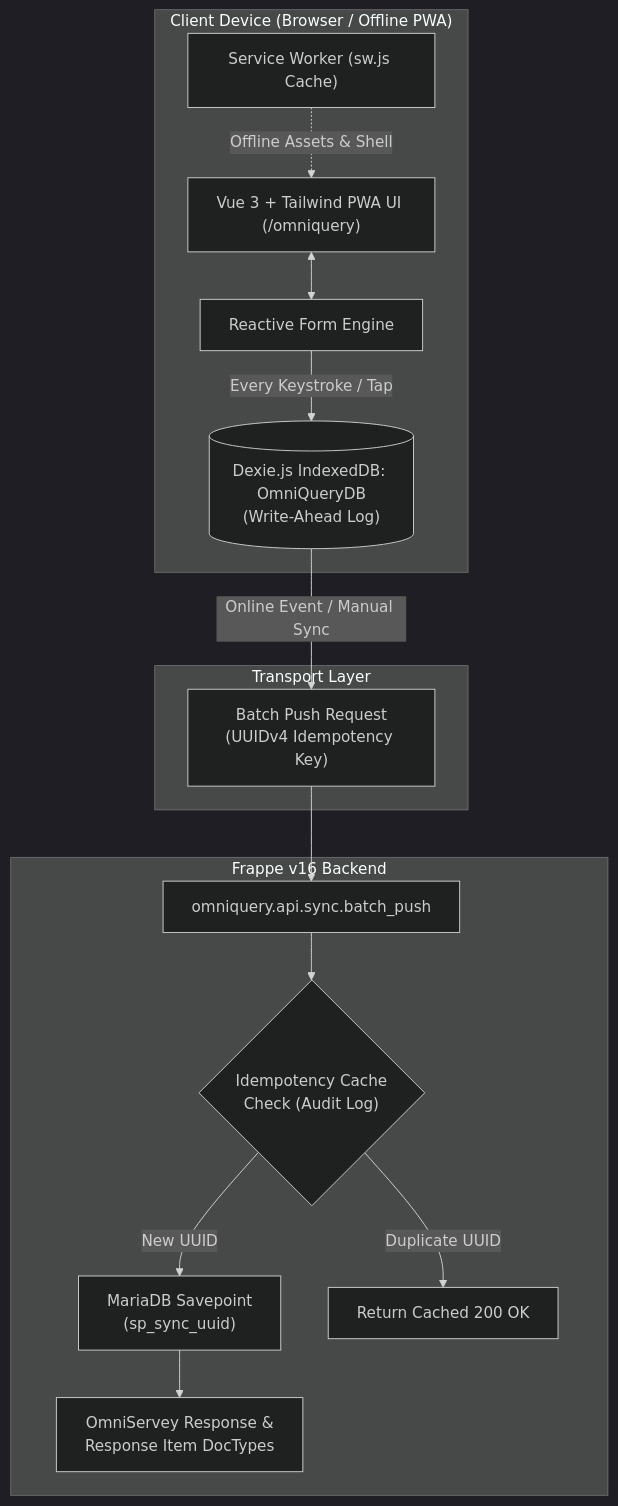
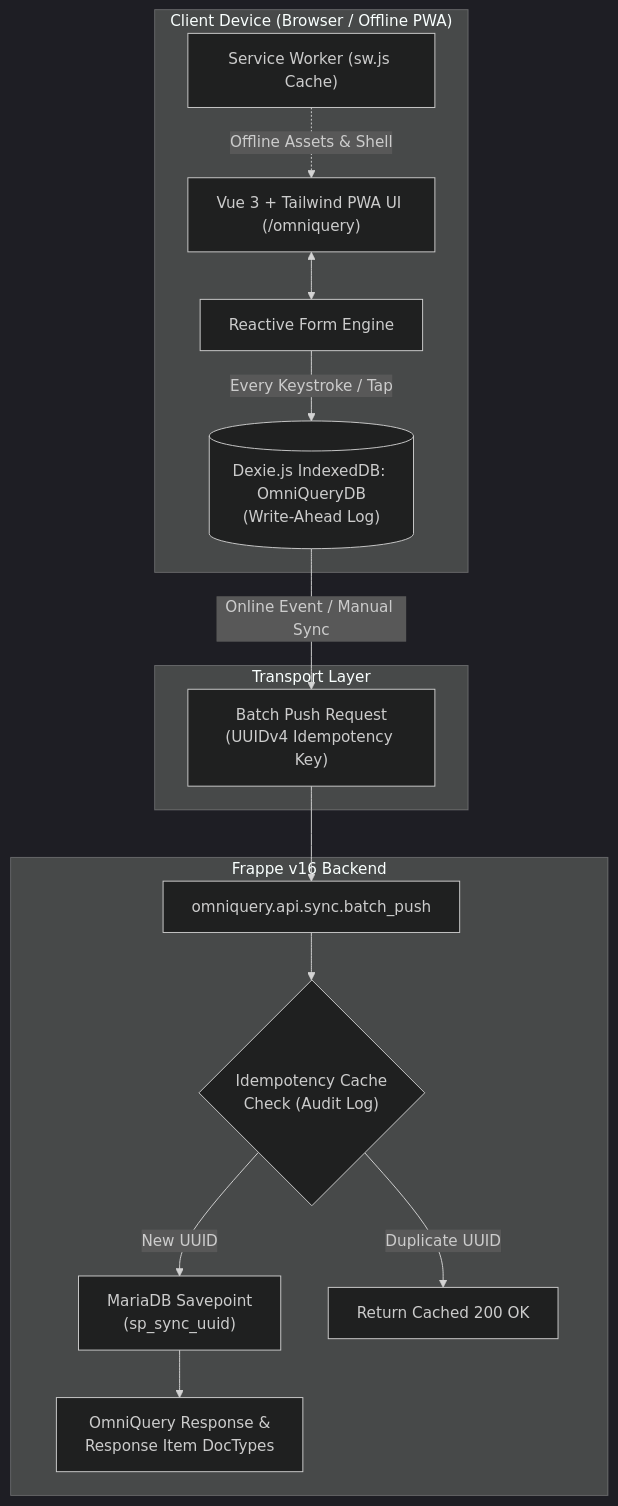
The diagram in README.md (OmmNoMi/omniquery), drawn with Mermaid (dark theme) before and after one commit. The commit also changed 69 other files, not shown here.

Commit message:
refactor: standardize all DocTypes, controllers, fixtures, and APIs to OmniQuery

````diff
--- a/README.md
+++ b/README.md
@@ -45,32 +45,32 @@
 ```mermaid
 flowchart TD
     subgraph Client ["Client Device (Browser / Offline PWA)"]
         UI["Vue 3 + Tailwind PWA UI (/omniquery)"]
         Form["Reactive Form Engine"]
         WAL[("Dexie.js IndexedDB: OmniQueryDB\n(Write-Ahead Log)")]
         SW["Service Worker (sw.js Cache)"]
         
         UI <--> Form
         Form -->|Every Keystroke / Tap| WAL
         SW -.->|Offline Assets & Shell| UI
     end
 
     subgraph Network ["Transport Layer"]
         SyncPush["Batch Push Request\n(UUIDv4 Idempotency Key)"]
     end
 
     subgraph Backend ["Frappe v16 Backend"]
         Endpoint["omniquery.api.sync.batch_push"]
         Dedup{"Idempotency Cache\nCheck (Audit Log)"}
         Savepoint["MariaDB Savepoint\n(sp_sync_uuid)"]
-        ResponseDoc["OmniServey Response &\nResponse Item DocTypes"]
+        ResponseDoc["OmniQuery Response &\nResponse Item DocTypes"]
         
         Dedup -->|Duplicate UUID| Skip["Return Cached 200 OK"]
         Dedup -->|New UUID| Savepoint
         Savepoint --> ResponseDoc
     end
 
     WAL -->|Online Event / Manual Sync| SyncPush
     SyncPush --> Endpoint
     Endpoint --> Dedup
 ```
````
